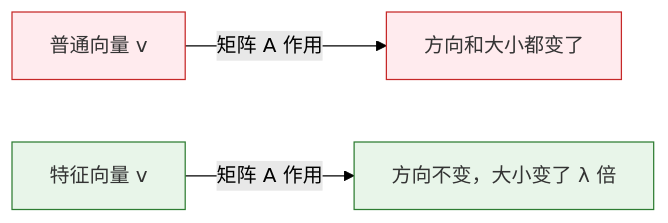
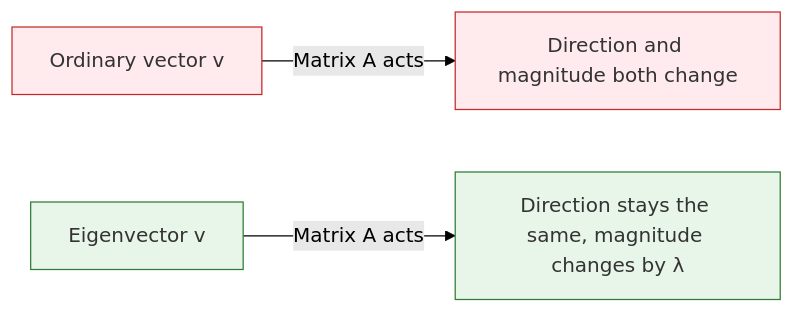
The first of 4 diagrams in docs/ch04-ai-math/ch01-linear-algebra/03-eigenvalues.md (oudbiao/AI-fullstack-course), drawn with Mermaid (forest theme) before and after one commit. The commit also changed other lines of this file and 1406 other files, not shown here.

````diff
--- a/docs/ch04-ai-math/ch01-linear-algebra/03-eigenvalues.md
+++ b/docs/ch04-ai-math/ch01-linear-algebra/03-eigenvalues.md
@@ -56,10 +56,10 @@
 ```mermaid
 flowchart LR
-    A["普通向量 v"] -->|"矩阵 A 作用"| B["方向和大小都变了"]
-    C["特征向量 v"] -->|"矩阵 A 作用"| D["方向不变，大小变了 λ 倍"]
+    A["Ordinary vector v"] -->|"Matrix A acts"| B["Direction and magnitude both change"]
+    C["Eigenvector v"] -->|"Matrix A acts"| D["Direction stays the same, magnitude changes by λ"]
 
     style A fill:#ffebee,stroke:#c62828,color:#333
     style B fill:#ffebee,stroke:#c62828,color:#333
     style C fill:#e8f5e9,stroke:#2e7d32,color:#333
     style D fill:#e8f5e9,stroke:#2e7d32,color:#333
 ```
````
